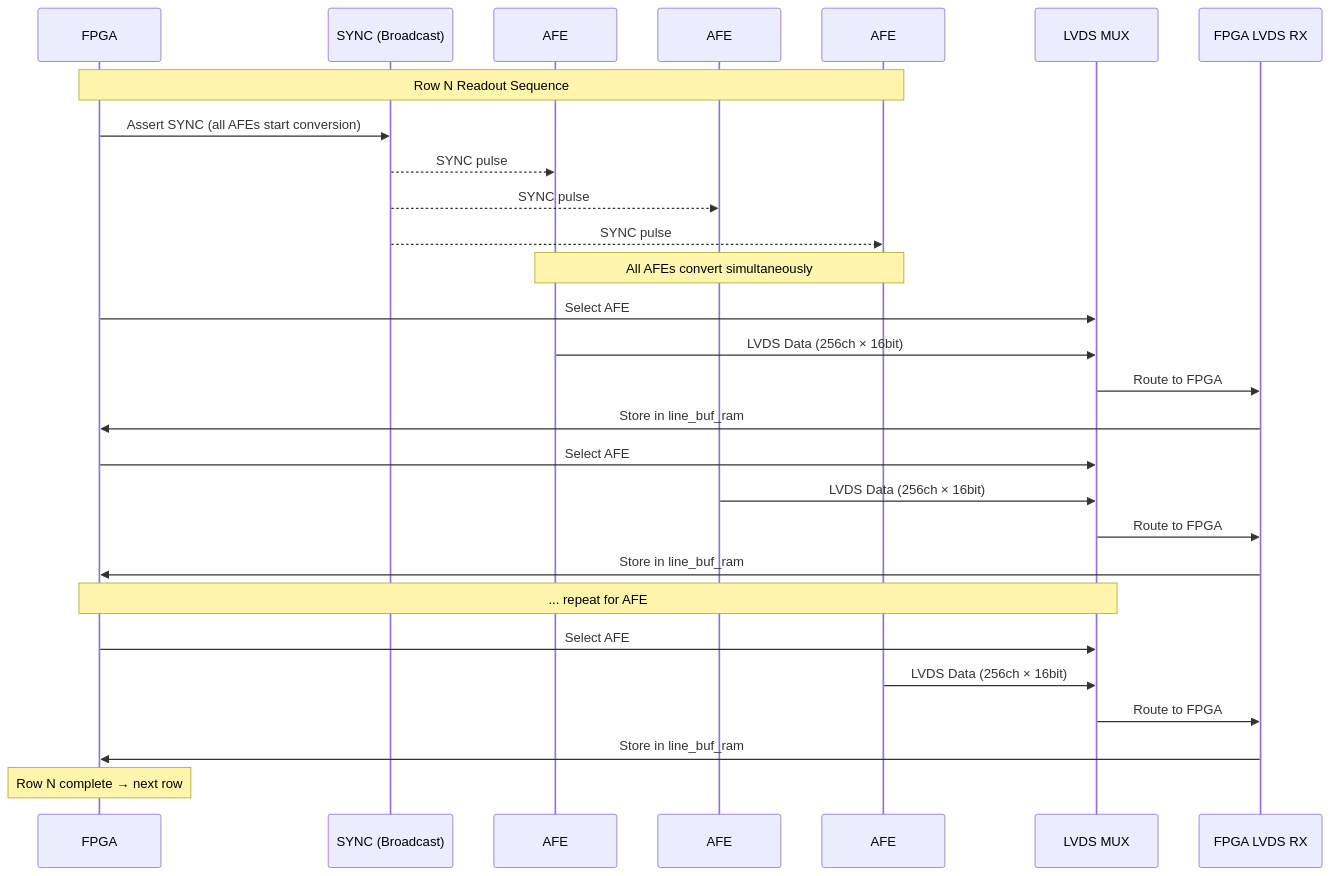
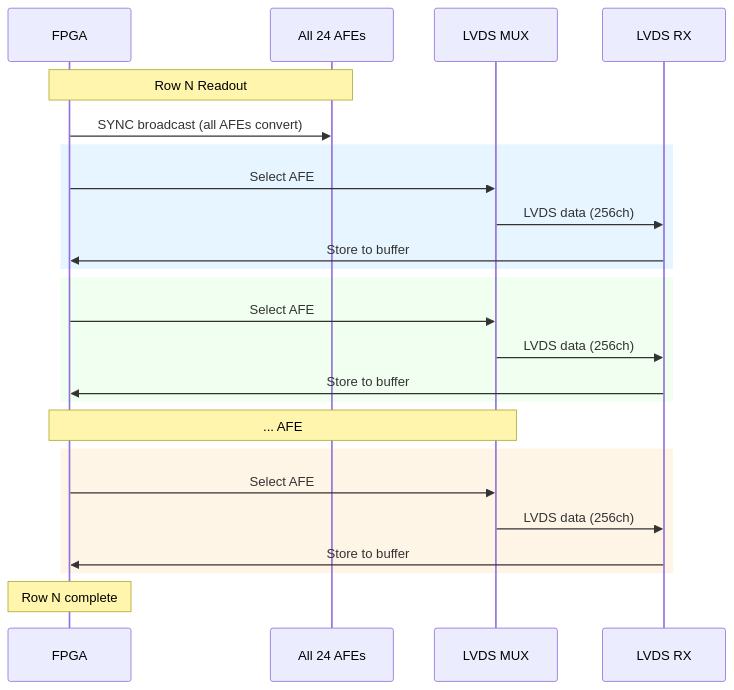
The third of 3 diagrams in README.md (holee9/panel-operation), drawn with Mermaid before and after one commit. The commit also changed other lines of this file, not shown here.

First line of the commit message:
docs: README 다이어그램 가독성 개선

````diff
--- a/README.md
+++ b/README.md
@@ -170,38 +114,33 @@
 ```mermaid
 sequenceDiagram
-    participant FPGA
-    participant SYNC as SYNC (Broadcast)
-    participant AFE1 as AFE #1
-    participant AFE2 as AFE #2
-    participant AFEN as AFE #24
-    participant MUX as LVDS MUX
-    participant RX as FPGA LVDS RX
+    participant F as FPGA
+    participant A as All 24 AFEs
+    participant M as LVDS MUX
+    participant R as LVDS RX
 
-    Note over FPGA,AFEN: Row N Readout Sequence
+    Note over F,A: Row N Readout
 
-    FPGA->>SYNC: Assert SYNC (all AFEs start conversion)
-    SYNC-->>AFE1: SYNC pulse
-    SYNC-->>AFE2: SYNC pulse
-    SYNC-->>AFEN: SYNC pulse
+    F ->> A: SYNC broadcast (all AFEs convert)
 
-    Note over AFE1,AFEN: All AFEs convert simultaneously
+    rect rgb(230, 245, 255)
+        F ->> M: Select AFE #1
+        M ->> R: LVDS data (256ch)
+        R ->> F: Store to buffer
+    end
 
-    FPGA->>MUX: Select AFE #1
-    AFE1->>MUX: LVDS Data (256ch × 16bit)
-    MUX->>RX: Route to FPGA
-    RX->>FPGA: Store in line_buf_ram
+    rect rgb(240, 255, 240)
+        F ->> M: Select AFE #2
+        M ->> R: LVDS data (256ch)
+        R ->> F: Store to buffer
+    end
 
-    FPGA->>MUX: Select AFE #2
-    AFE2->>MUX: LVDS Data (256ch × 16bit)
-    MUX->>RX: Route to FPGA
-    RX->>FPGA: Store in line_buf_ram
+    Note over F,M: ... AFE #3 ~ #23 ...
 
-    Note over FPGA,MUX: ... repeat for AFE #3 ~ #23 ...
+    rect rgb(255, 245, 230)
+        F ->> M: Select AFE #24
+        M ->> R: LVDS data (256ch)
+        R ->> F: Store to buffer
+    end
 
-    FPGA->>MUX: Select AFE #24
-    AFEN->>MUX: LVDS Data (256ch × 16bit)
-    MUX->>RX: Route to FPGA
-    RX->>FPGA: Store in line_buf_ram
-
-    Note over FPGA: Row N complete → next row
+    Note over F: Row N complete
 ```
````
